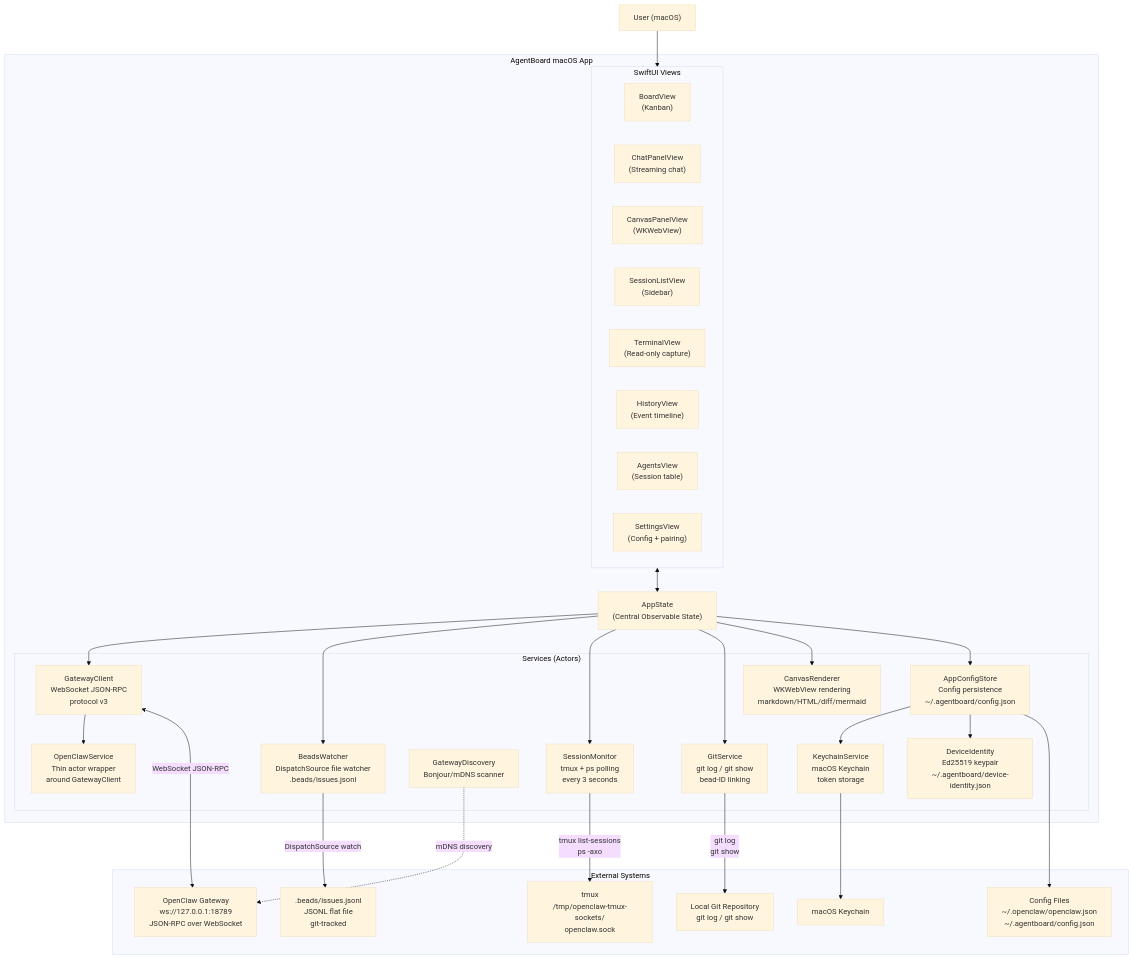
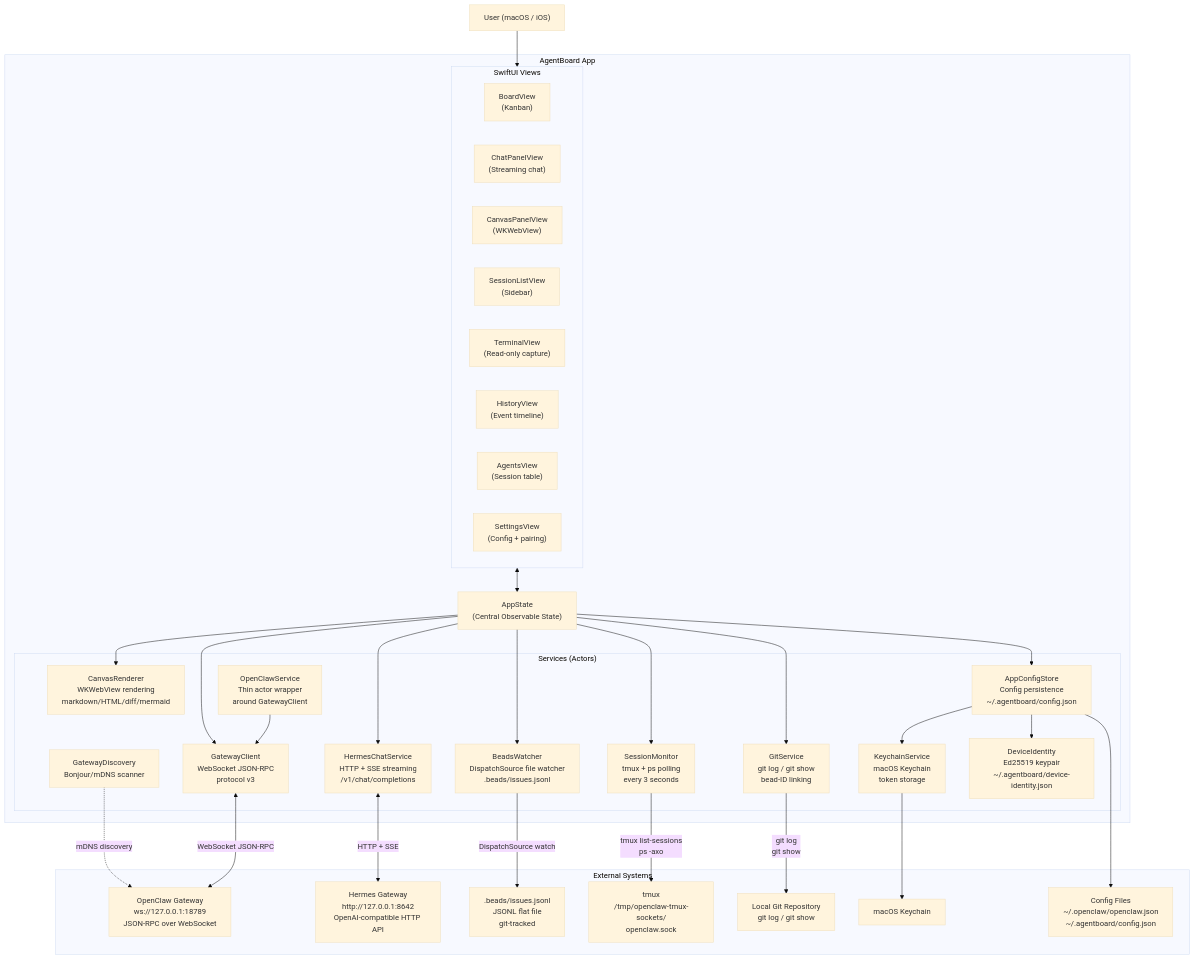
The first of 2 diagrams in docs/architecture.md (jbcrane13/AgentBoard), drawn with Mermaid (base theme) before and after one commit. The commit also changed other lines of this file and 25 other files, not shown here.

Commit message:
Add Hermes gateway chat backend

````diff
--- a/docs/architecture.md
+++ b/docs/architecture.md
@@ -18,60 +18,64 @@
 ```mermaid
 flowchart TD
-    User["User (macOS)"]
+    User["User (macOS / iOS)"]
 
-    subgraph App["AgentBoard macOS App"]
+    subgraph App["AgentBoard App"]
         AppState["AppState\n(Central Observable State)"]
 
         subgraph UI["SwiftUI Views"]
             Board["BoardView\n(Kanban)"]
             Chat["ChatPanelView\n(Streaming chat)"]
             Canvas["CanvasPanelView\n(WKWebView)"]
             Sessions["SessionListView\n(Sidebar)"]
             Terminal["TerminalView\n(Read-only capture)"]
             History["HistoryView\n(Event timeline)"]
             Agents["AgentsView\n(Session table)"]
             Settings["SettingsView\n(Config + pairing)"]
         end
 
         subgraph Services["Services (Actors)"]
             GatewayClient["GatewayClient\nWebSocket JSON-RPC\nprotocol v3"]
             BeadsWatcher["BeadsWatcher\nDispatchSource file watcher\n.beads/issues.jsonl"]
             SessionMonitor["SessionMonitor\ntmux + ps polling\nevery 3 seconds"]
             GitService["GitService\ngit log / git show\nbead-ID linking"]
             CanvasRenderer["CanvasRenderer\nWKWebView rendering\nmarkdown/HTML/diff/mermaid"]
             GatewayDiscovery["GatewayDiscovery\nBonjour/mDNS scanner"]
             KeychainService["KeychainService\nmacOS Keychain\ntoken storage"]
             AppConfigStore["AppConfigStore\nConfig persistence\n~/.agentboard/config.json"]
             OpenClawService["OpenClawService\nThin actor wrapper\naround GatewayClient"]
+            HermesChatService["HermesChatService\nHTTP + SSE streaming\n/v1/chat/completions"]
             DeviceIdentity["DeviceIdentity\nEd25519 keypair\n~/.agentboard/device-identity.json"]
         end
     end
 
     subgraph External["External Systems"]
         OpenClaw["OpenClaw Gateway\nws://127.0.0.1:18789\nJSON-RPC over WebSocket"]
+        Hermes["Hermes Gateway\nhttp://127.0.0.1:8642\nOpenAI-compatible HTTP API"]
         BeadsDB[".beads/issues.jsonl\nJSONL flat file\ngit-tracked"]
         Tmux["tmux\n/tmp/openclaw-tmux-sockets/\nopenclaw.sock"]
         GitRepo["Local Git Repository\ngit log / git show"]
         Keychain["macOS Keychain"]
         ConfigFiles["Config Files\n~/.openclaw/openclaw.json\n~/.agentboard/config.json"]
     end
 
     User --> UI
     UI <--> AppState
     AppState --> GatewayClient
     AppState --> BeadsWatcher
     AppState --> SessionMonitor
     AppState --> GitService
     AppState --> CanvasRenderer
     AppState --> AppConfigStore
-    GatewayClient --> OpenClawService
+    AppState --> HermesChatService
+    OpenClawService --> GatewayClient
     AppConfigStore --> KeychainService
     AppConfigStore --> DeviceIdentity
     GatewayDiscovery -.->|mDNS discovery| OpenClaw
     GatewayClient <-->|WebSocket JSON-RPC| OpenClaw
+    HermesChatService <-->|HTTP + SSE| Hermes
     BeadsWatcher -->|DispatchSource watch| BeadsDB
     SessionMonitor -->|tmux list-sessions\nps -axo| Tmux
     GitService -->|git log\ngit show| GitRepo
     KeychainService --> Keychain
     AppConfigStore --> ConfigFiles
 ```
````
